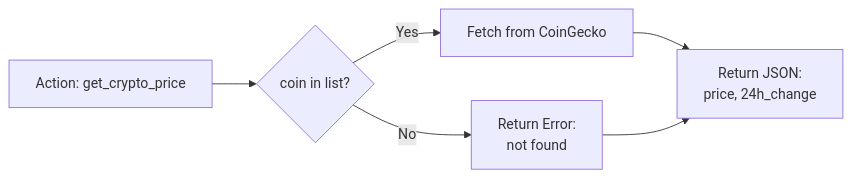
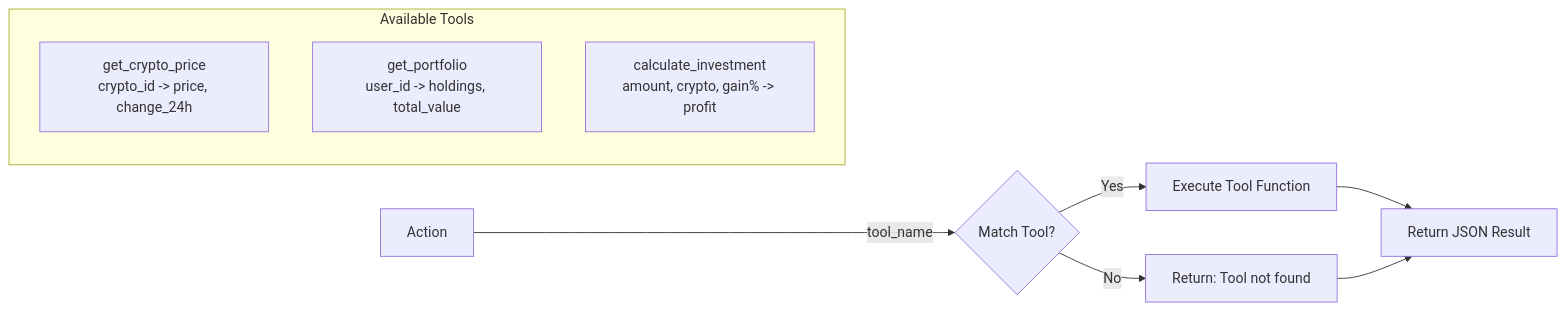
Before and after one commit to vinai-lab3-e403-13/Day-3-Lab-Chatbot-vs-react-agent: the second of 5 diagrams in flowchart.md, drawn with Mermaid. The commit also changed other lines of this file, not shown here.

Commit message:
feat: adding tool used to logging

````diff
--- a/flowchart.md
+++ b/flowchart.md
@@ -41,8 +41,16 @@
 ```mermaid
 flowchart LR
-    A[Action: get_crypto_price] --> B{coin in list?}
-    B -->|Yes| C[Fetch from CoinGecko]
-    B -->|No| D[Return Error:<br/>not found]
-    C --> E[Return JSON:<br/>price, 24h_change]
-    D --> E
+    subgraph Tools[Available Tools]
+        T1[get_crypto_price<br/>crypto_id -> price, change_24h]
+        T2[get_portfolio<br/>user_id -> holdings, total_value]
+        T3[calculate_investment<br/>amount, crypto, gain% -> profit]
+    end
+
+    Action -->|tool_name| Match{Match Tool?}
+
+    Match -->|Yes| Exec[Execute Tool Function]
+    Match -->|No| Error[Return: Tool not found]
+
+    Exec --> Result[Return JSON Result]
+    Error --> Result
 ```
````
